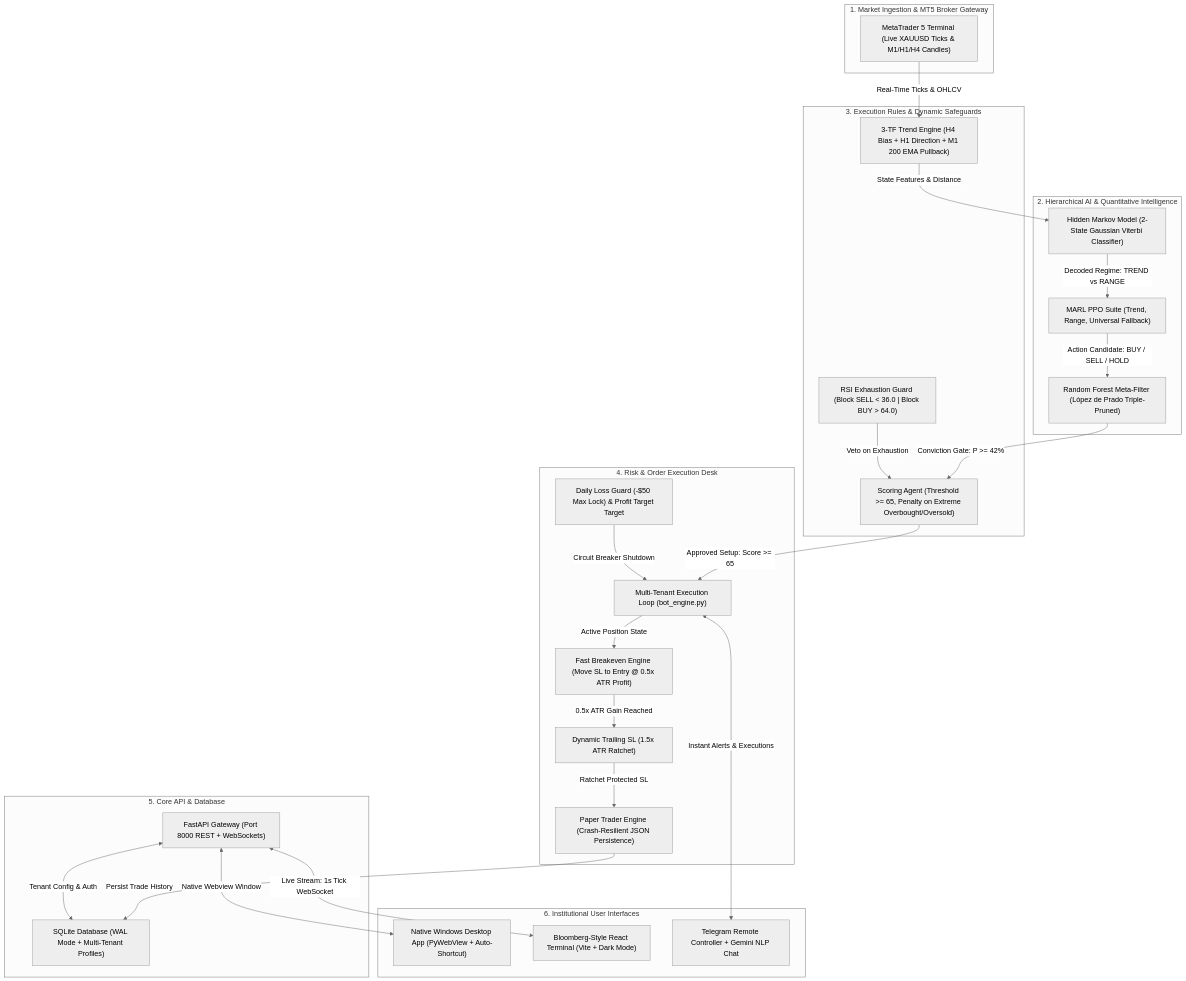
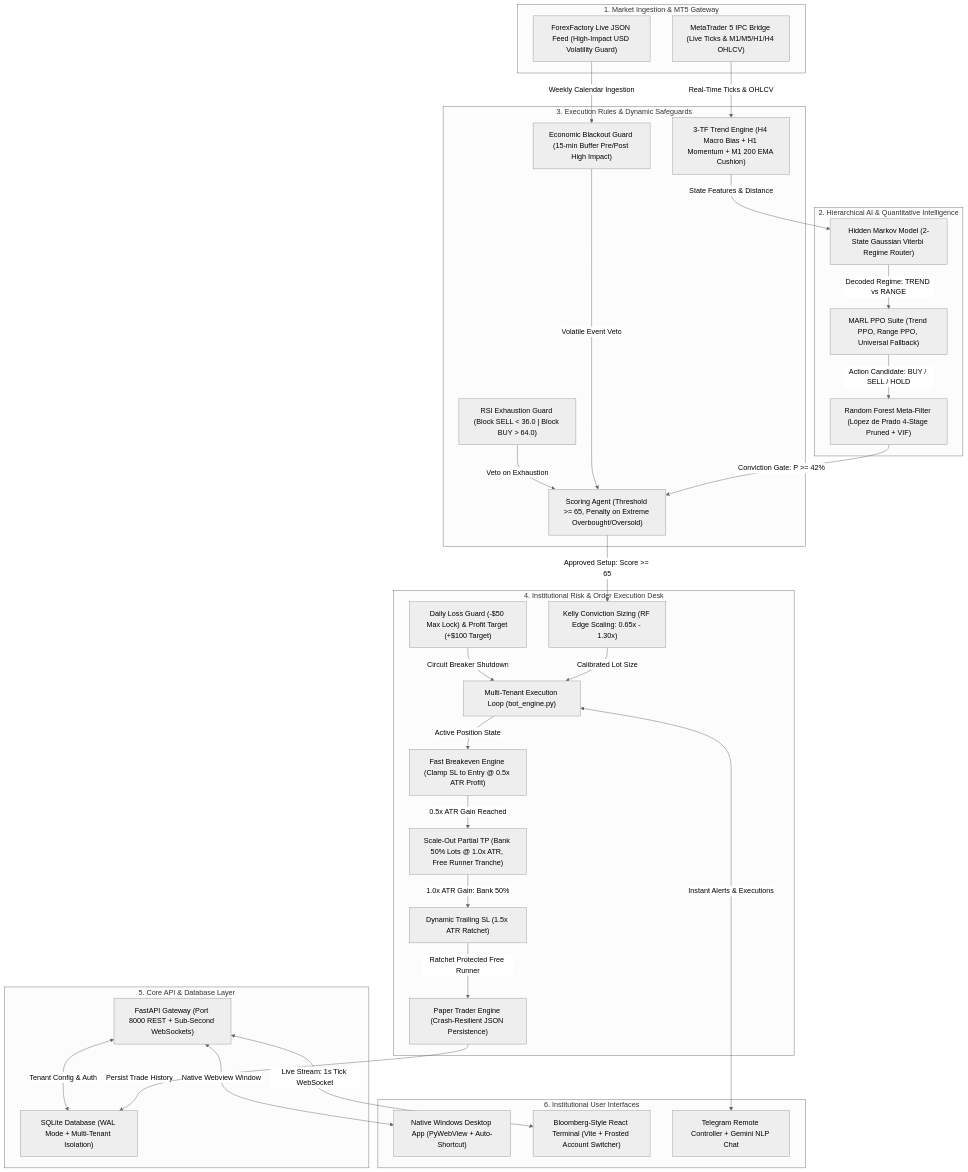
The diagram in README.md (sahil5812/Nur), drawn with Mermaid (neutral theme) before and after one commit. The commit also changed other lines of this file, not shown here.

Commit message:
docs: comprehensive overhaul of README with scale-out TP, Kelly sizing, live news calendar, and UI design system

````diff
--- a/README.md
+++ b/README.md
@@ -39,56 +41,64 @@
 ```mermaid
 graph TD
-    subgraph MarketFeeds ["1. Market Ingestion & MT5 Broker Gateway"]
-        MT5["MetaTrader 5 Terminal (Live XAUUSD Ticks & M1/H1/H4 Candles)"]
+    subgraph MarketFeeds ["1. Market Ingestion & MT5 Gateway"]
+        MT5["MetaTrader 5 IPC Bridge (Live Ticks & M1/M5/H1/H4 OHLCV)"]
+        NewsFeed["ForexFactory Live JSON Feed (High-Impact USD Volatility Guard)"]
     end
 
     subgraph IntelligenceLayer ["2. Hierarchical AI & Quantitative Intelligence"]
-        HMM["Hidden Markov Model (2-State Gaussian Viterbi Classifier)"]
-        MARL["MARL PPO Suite (Trend, Range, Universal Fallback)"]
-        RF["Random Forest Meta-Filter (López de Prado Triple-Pruned)"]
+        HMM["Hidden Markov Model (2-State Gaussian Viterbi Regime Router)"]
+        MARL["MARL PPO Suite (Trend PPO, Range PPO, Universal Fallback)"]
+        RF["Random Forest Meta-Filter (López de Prado 4-Stage Pruned + VIF)"]
     end
 
     subgraph TechnicalGuards ["3. Execution Rules & Dynamic Safeguards"]
-        MTF["3-TF Trend Engine (H4 Bias + H1 Direction + M1 200 EMA Pullback)"]
+        MTF["3-TF Trend Engine (H4 Macro Bias + H1 Momentum + M1 200 EMA Cushion)"]
         RSIGuard["RSI Exhaustion Guard (Block SELL < 36.0 | Block BUY > 64.0)"]
+        NewsGuard["Economic Blackout Guard (15-min Buffer Pre/Post High Impact)"]
         Scoring["Scoring Agent (Threshold >= 65, Penalty on Extreme Overbought/Oversold)"]
     end
 
-    subgraph RiskEngine ["4. Risk & Order Execution Desk"]
+    subgraph RiskEngine ["4. Institutional Risk & Order Execution Desk"]
         BotEngine["Multi-Tenant Execution Loop (bot_engine.py)"]
-        FastBE["Fast Breakeven Engine (Move SL to Entry @ 0.5x ATR Profit)"]
+        KellySizing["Kelly Conviction Sizing (RF Edge Scaling: 0.65x - 1.30x)"]
+        FastBE["Fast Breakeven Engine (Clamp SL to Entry @ 0.5x ATR Profit)"]
+        ScaleOut["Scale-Out Partial TP (Bank 50% Lots @ 1.0x ATR, Free Runner Tranche)"]
         TrailSL["Dynamic Trailing SL (1.5x ATR Ratchet)"]
-        DailyLock["Daily Loss Guard (-$50 Max Lock) & Profit Target Target"]
+        DailyLock["Daily Loss Guard (-$50 Max Lock) & Profit Target (+$100 Target)"]
         PaperTrader["Paper Trader Engine (Crash-Resilient JSON Persistence)"]
     end
 
-    subgraph Backend ["5. Core API & Database"]
-        FastAPI["FastAPI Gateway (Port 8000 REST + WebSockets)"]
-        DB["SQLite Database (WAL Mode + Multi-Tenant Profiles)"]
+    subgraph Backend ["5. Core API & Database Layer"]
+        FastAPI["FastAPI Gateway (Port 8000 REST + Sub-Second WebSockets)"]
+        DB["SQLite Database (WAL Mode + Multi-Tenant Isolation)"]
     end
 
     subgraph ClientInterfaces ["6. Institutional User Interfaces"]
         DesktopApp["Native Windows Desktop App (PyWebView + Auto-Shortcut)"]
-        ReactUI["Bloomberg-Style React Terminal (Vite + Dark Mode)"]
+        ReactUI["Bloomberg-Style React Terminal (Vite + Frosted Account Switcher)"]
         TelegramBot["Telegram Remote Controller + Gemini NLP Chat"]
     end
 
     MT5 -->|Real-Time Ticks & OHLCV| MTF
+    NewsFeed -->|Weekly Calendar Ingestion| NewsGuard
     MTF -->|State Features & Distance| HMM
     HMM -->|Decoded Regime: TREND vs RANGE| MARL
     MARL -->|Action Candidate: BUY / SELL / HOLD| RF
     RF -->|Conviction Gate: P >= 42%| Scoring
+    NewsGuard -->|Volatile Event Veto| Scoring
     RSIGuard -->|Veto on Exhaustion| Scoring
-    Scoring -->|Approved Setup: Score >= 65| BotEngine
+    Scoring -->|Approved Setup: Score >= 65| KellySizing
+    KellySizing -->|Calibrated Lot Size| BotEngine
 
     BotEngine -->|Active Position State| FastBE
-    FastBE -->|0.5x ATR Gain Reached| TrailSL
-    TrailSL -->|Ratchet Protected SL| PaperTrader
+    FastBE -->|0.5x ATR Gain Reached| ScaleOut
+    ScaleOut -->|1.0x ATR Gain: Bank 50%| TrailSL
+    TrailSL -->|Ratchet Protected Free Runner| PaperTrader
     PaperTrader -->|Persist Trade History| DB
     DailyLock -->|Circuit Breaker Shutdown| BotEngine
 
     FastAPI <-->|Live Stream: 1s Tick WebSocket| ReactUI
     FastAPI <-->|Native Webview Window| DesktopApp
     BotEngine <-->|Instant Alerts & Executions| TelegramBot
     FastAPI <-->|Tenant Config & Auth| DB
 ```
````
